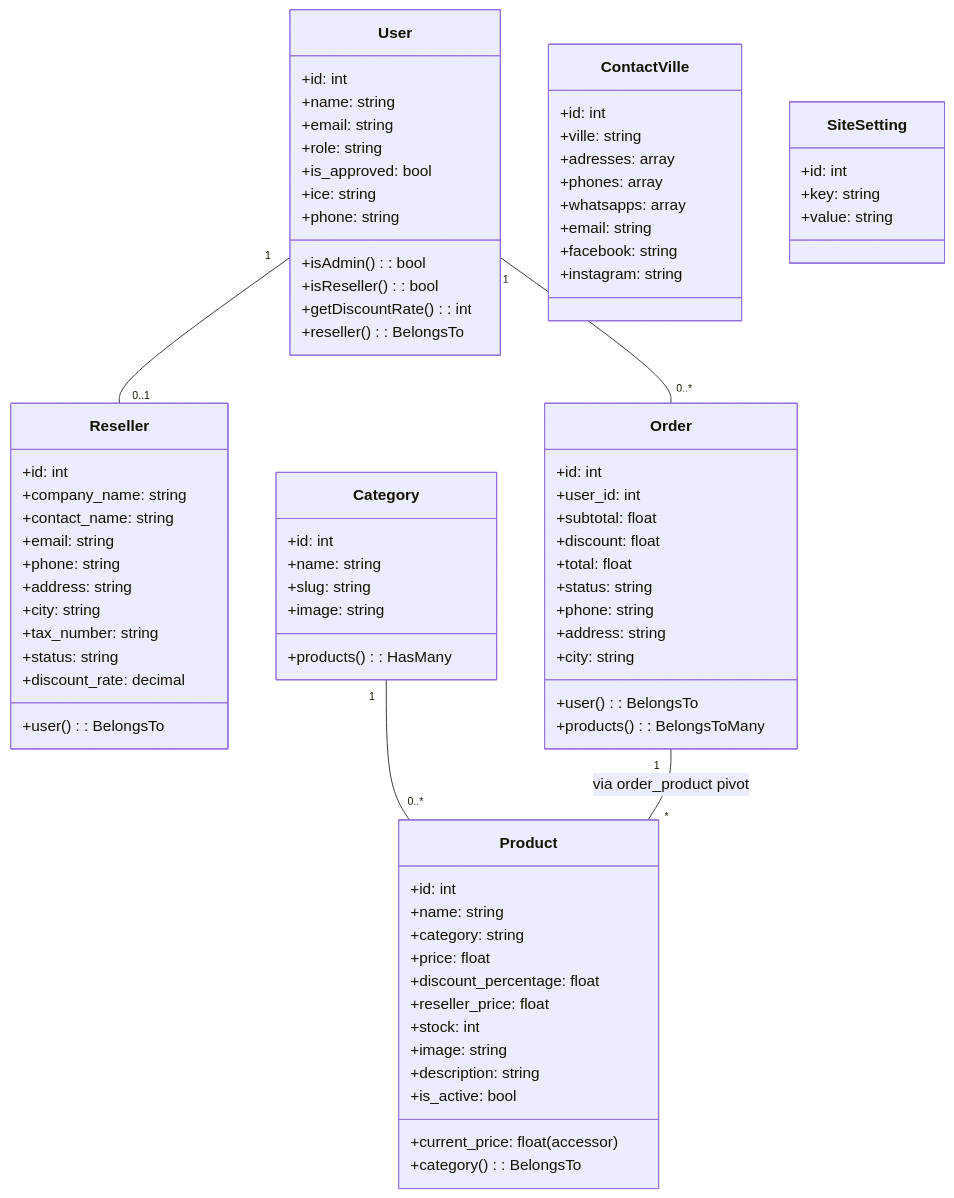
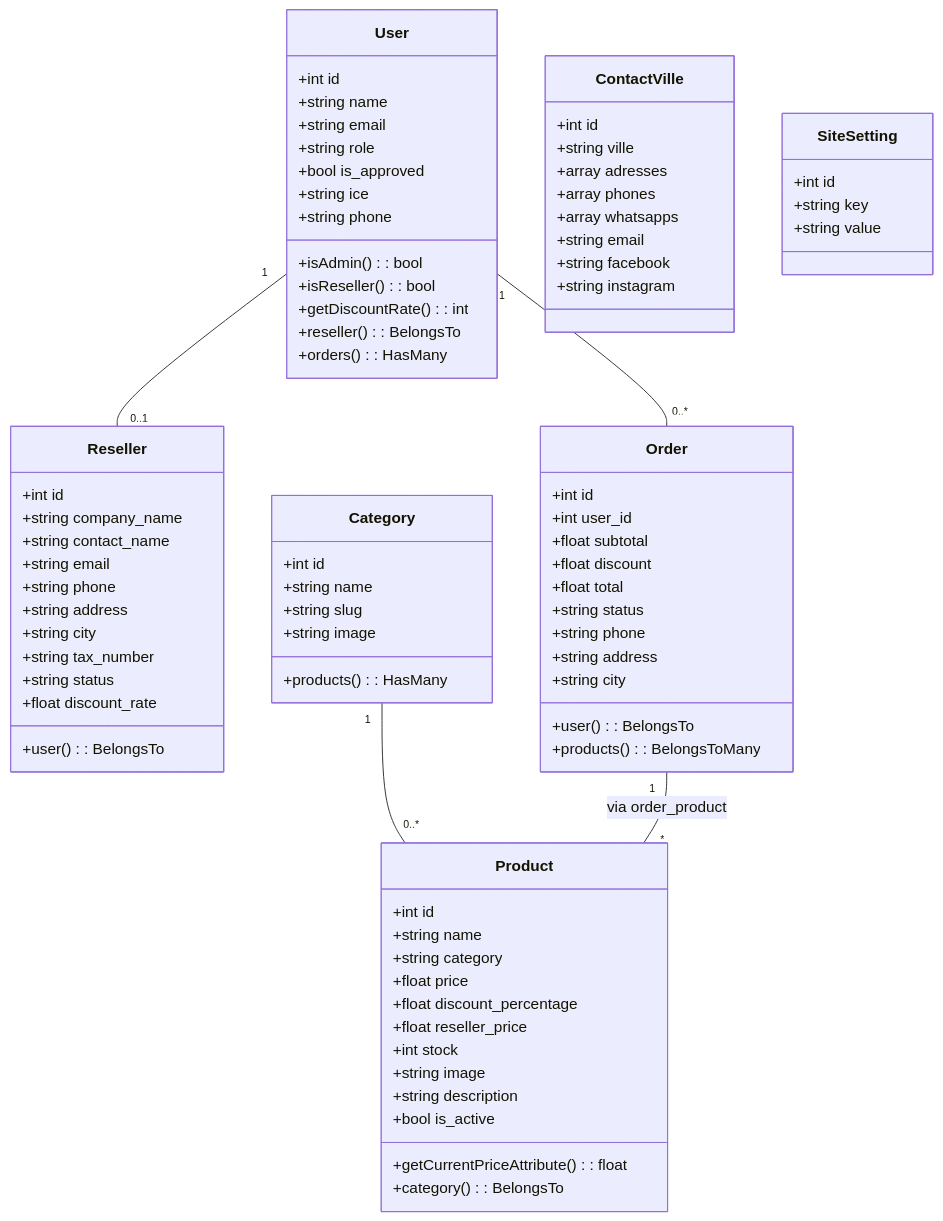
The second of 4 diagrams in README.md (NOUHAILANO/total-maroc-v3), drawn with Mermaid before and after one commit. The commit also changed other lines of this file, not shown here.

````diff
--- a/README.md
+++ b/README.md
@@ -110,83 +109,84 @@
 ```mermaid
 classDiagram
     class User {
-        +id: int
-        +name: string
-        +email: string
-        +role: string
-        +is_approved: bool
-        +ice: string
-        +phone: string
+        +int id
+        +string name
+        +string email
+        +string role
+        +bool is_approved
+        +string ice
+        +string phone
         +isAdmin(): bool
         +isReseller(): bool
         +getDiscountRate(): int
         +reseller(): BelongsTo
+        +orders(): HasMany
     }
     class Reseller {
-        +id: int
-        +company_name: string
-        +contact_name: string
-        +email: string
-        +phone: string
-        +address: string
-        +city: string
-        +tax_number: string
-        +status: string
-        +discount_rate: decimal
+        +int id
+        +string company_name
+        +string contact_name
+        +string email
+        +string phone
+        +string address
+        +string city
+        +string tax_number
+        +string status
+        +float discount_rate
         +user(): BelongsTo
     }
     class Product {
-        +id: int
-        +name: string
-        +category: string
-        +price: float
-        +discount_percentage: float
-        +reseller_price: float
-        +stock: int
-        +image: string
-        +description: string
-        +is_active: bool
-        +current_price: float (accessor)
+        +int id
+        +string name
+        +string category
+        +float price
+        +float discount_percentage
+        +float reseller_price
+        +int stock
+        +string image
+        +string description
+        +bool is_active
+        +getCurrentPriceAttribute() : float
         +category(): BelongsTo
     }
     class Category {
-        +id: int
-        +name: string
-        +slug: string
-        +image: string
+        +int id
+        +string name
+        +string slug
+        +string image
         +products(): HasMany
     }
     class Order {
-        +id: int
-        +user_id: int
-        +subtotal: float
-        +discount: float
-        +total: float
-        +status: string
-        +phone: string
-        +address: string
-        +city: string
+        +int id
+        +int user_id
+        +float subtotal
+        +float discount
+        +float total
+        +string status
+        +string phone
+        +string address
+        +string city
         +user(): BelongsTo
         +products(): BelongsToMany
     }
     class ContactVille {
-        +id: int
-        +ville: string
-        +adresses: array
-        +phones: array
-        +whatsapps: array
-        +email: string
-        +facebook: string
-        +instagram: string
+        +int id
+        +string ville
+        +array adresses
+        +array phones
+        +array whatsapps
+        +string email
+        +string facebook
+        +string instagram
     }
     class SiteSetting {
-        +id: int
-        +key: string
-        +value: string
+        +int id
+        +string key
+        +string value
     }
 
     User "1" -- "0..1" Reseller
     User "1" -- "0..*" Order
     Category "1" -- "0..*" Product
-    Order "1" -- "*" Product : via order_product pivot
+    Order "1" -- "*" Product : via order_product
 ```
````
